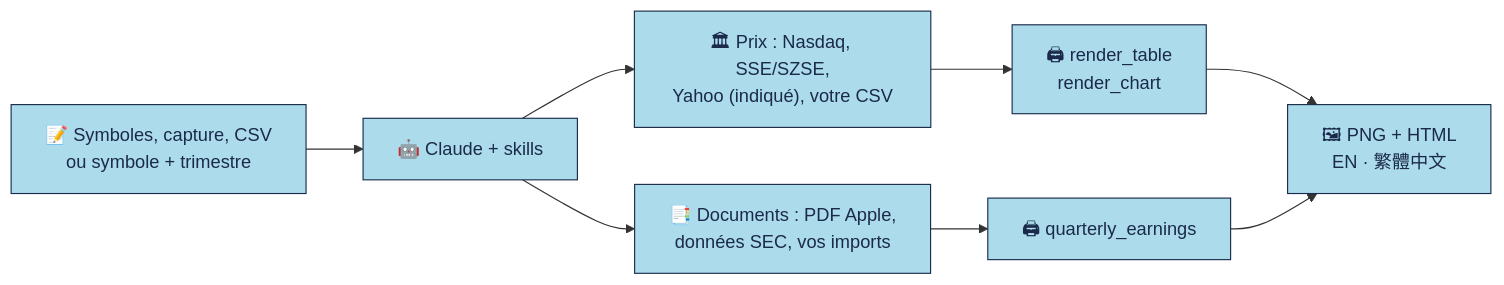
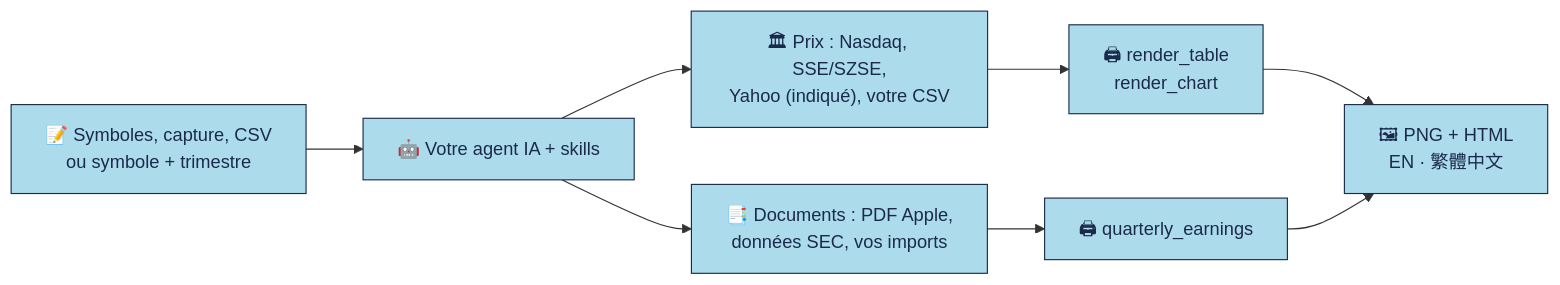
Before and after one commit to imoneys10k/schwab-table: the diagram in README.fr.md, drawn with Mermaid. The commit also changed other lines of this file and 11 other files, not shown here.

First line of the commit message:
Docs: present the skills as agent-agnostic, not Claude-only

````diff
--- a/README.fr.md
+++ b/README.fr.md
@@ -39,12 +39,12 @@
 ```mermaid
 flowchart LR
-  A["📝 Symboles, capture, CSV<br/>ou symbole + trimestre"] --> B["🤖 Claude + skills"]
+  A["📝 Symboles, capture, CSV<br/>ou symbole + trimestre"] --> B["🤖 Votre agent IA + skills"]
   B --> C["🏛 Prix : Nasdaq, SSE/SZSE,<br/>Yahoo (indiqué), votre CSV"]
   B --> F["📑 Documents : PDF Apple,<br/>données SEC, vos imports"]
   C --> D["🖨 render_table<br/>render_chart"]
   F --> G["🖨 quarterly_earnings"]
   D --> E["🖼 PNG + HTML<br/>EN · 繁體中文"]
   G --> E
   classDef n fill:#ACDCEC,stroke:#1B2A4A,color:#1B2A4A,stroke-width:1px;
   class A,B,C,D,E,F,G n;
 ```
````
